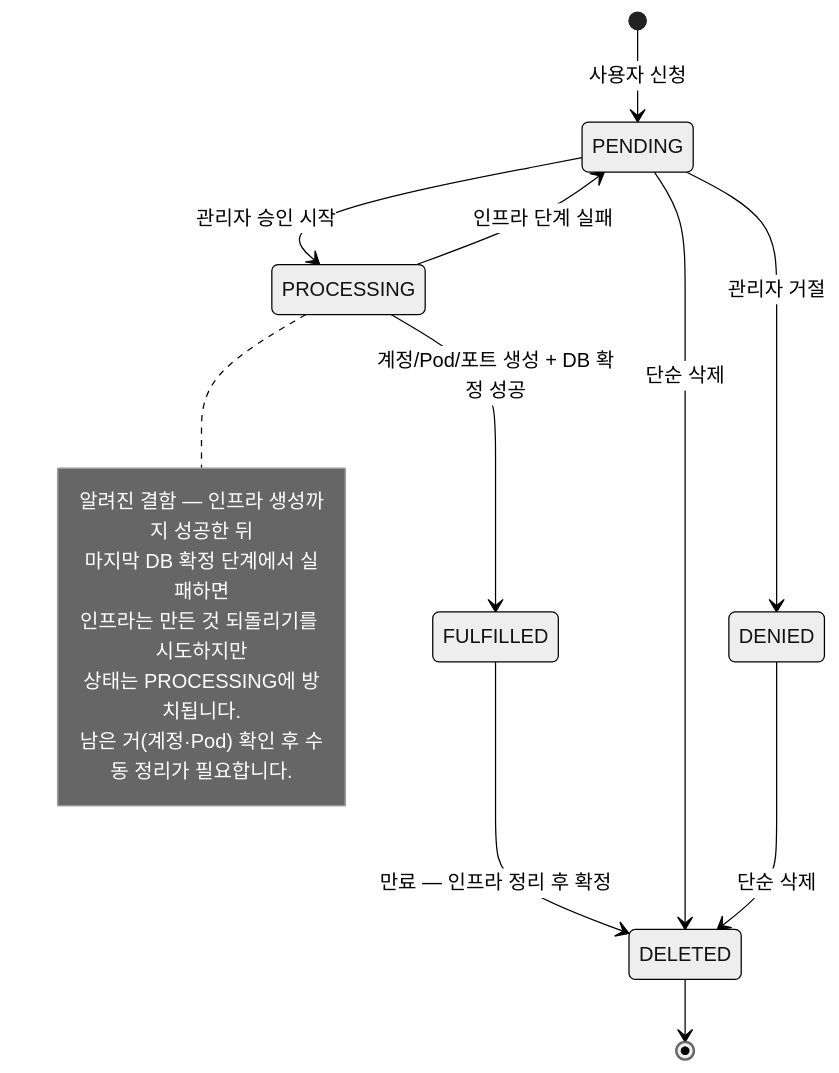
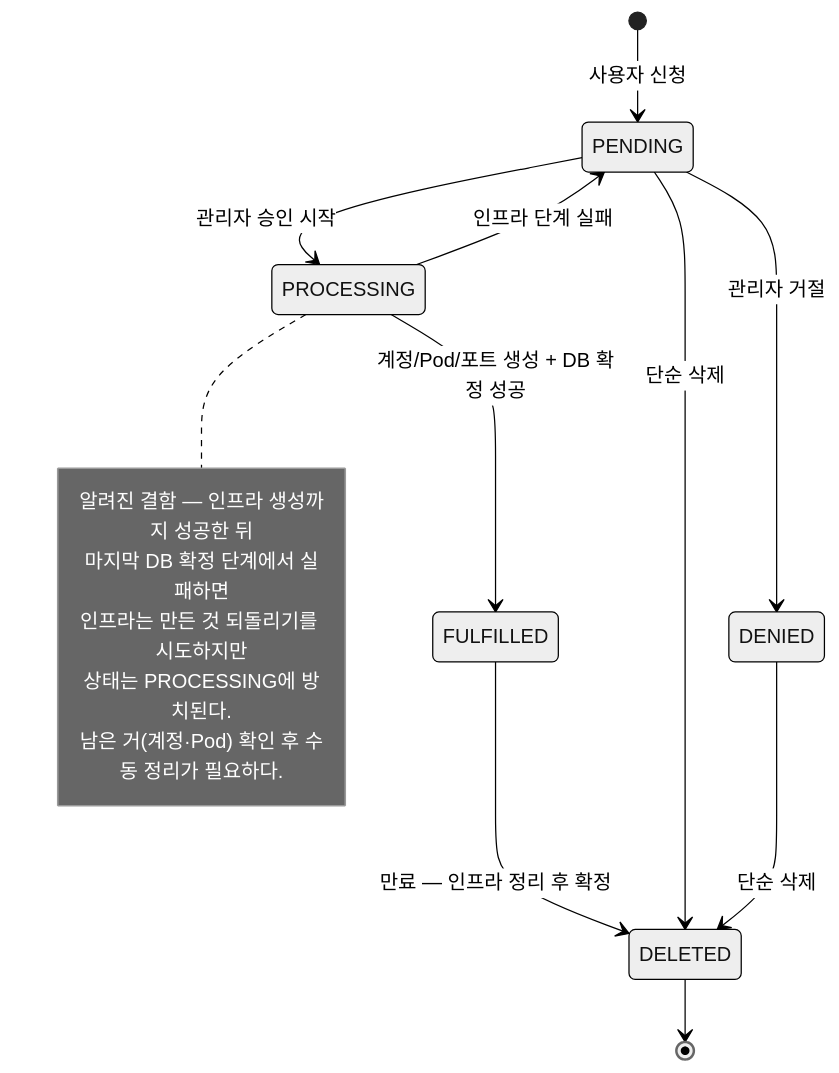
The second of 9 diagrams in md/infra/design/시스템-아키텍처.md (CSID-DGU/admin_wiki), drawn with Mermaid (neutral theme) before and after one commit. The commit also changed other lines of this file and 9 other files, not shown here.

````diff
--- a/md/infra/design/시스템-아키텍처.md
+++ b/md/infra/design/시스템-아키텍처.md
@@ -156,19 +171,19 @@
 ```mermaid
 stateDiagram-v2
     [*] --> PENDING : 사용자 신청
     PENDING --> PROCESSING : 관리자 승인 시작
     PROCESSING --> FULFILLED : 계정/Pod/포트 생성 + DB 확정 성공
     PROCESSING --> PENDING : 인프라 단계 실패
     PENDING --> DENIED : 관리자 거절
     FULFILLED --> DELETED : 만료 — 인프라 정리 후 확정
     PENDING --> DELETED : 단순 삭제
     DENIED --> DELETED : 단순 삭제
     DELETED --> [*]
     note right of PROCESSING
         알려진 결함 — 인프라 생성까지 성공한 뒤
         마지막 DB 확정 단계에서 실패하면
         인프라는 만든 것 되돌리기를 시도하지만
-        상태는 PROCESSING에 방치됩니다.
-        남은 거(계정·Pod) 확인 후 수동 정리가 필요합니다.
+        상태는 PROCESSING에 방치된다.
+        남은 거(계정·Pod) 확인 후 수동 정리가 필요하다.
     end note
 ```
````
